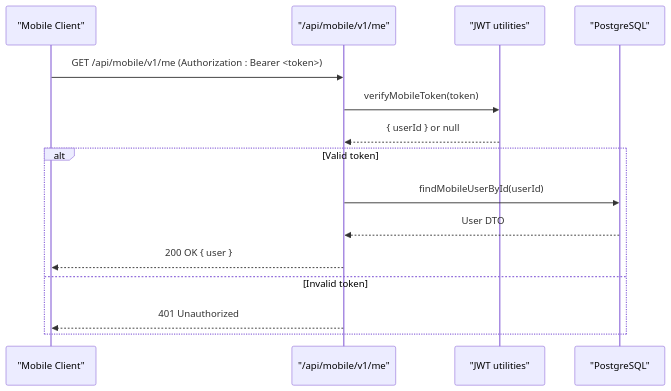
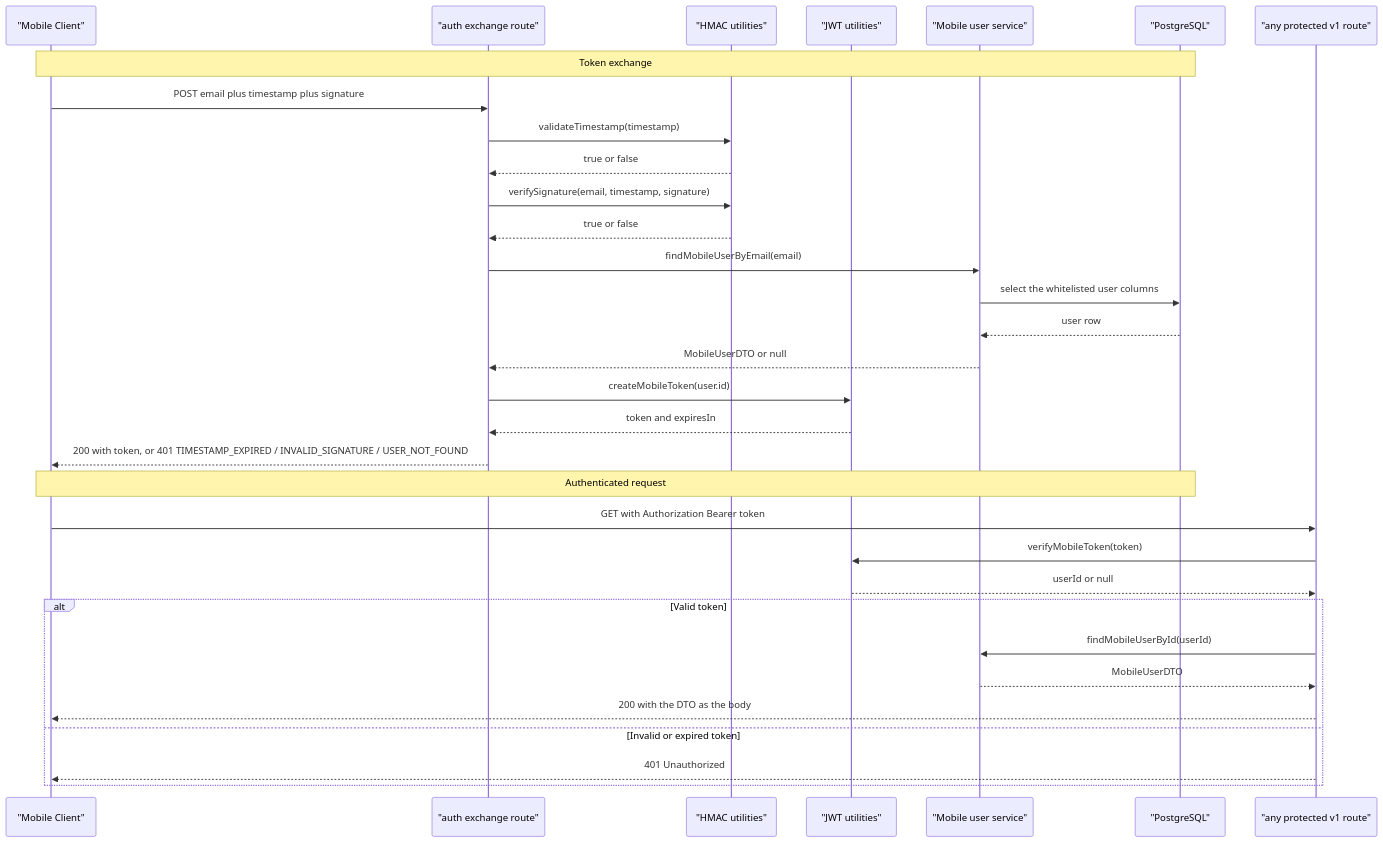
One commit to Dezzpil/meingym changed the seventh of 8 diagrams in .qoder/repowiki/en/content/Authentication and Authorization.md. Above: the diagram before and after it, drawn with Mermaid. The commit also changed other lines of this file and 12 other files, not shown here.

````diff
--- a/.qoder/repowiki/en/content/Authentication and Authorization.md
+++ b/.qoder/repowiki/en/content/Authentication and Authorization.md
@@ -299,17 +392,34 @@
 ```mermaid
 sequenceDiagram
 participant Mobile as "Mobile Client"
-participant API as "/api/mobile/v1/me"
-participant JWT as "JWT utilities"
+participant ExAPI as "auth exchange route"
+participant Hmac as "HMAC utilities"
+participant Jwt as "JWT utilities"
+participant Users as "Mobile user service"
 participant DB as "PostgreSQL"
-Mobile->>API : GET /api/mobile/v1/me (Authorization : Bearer <token>)
-API->>JWT : verifyMobileToken(token)
-JWT-->>API : { userId } or null
+participant ProtAPI as "any protected v1 route"
+Note over Mobile,DB : Token exchange
+Mobile->>ExAPI : POST email plus timestamp plus signature
+ExAPI->>Hmac : validateTimestamp(timestamp)
+Hmac-->>ExAPI : true or false
+ExAPI->>Hmac : verifySignature(email, timestamp, signature)
+Hmac-->>ExAPI : true or false
+ExAPI->>Users : findMobileUserByEmail(email)
+Users->>DB : select the whitelisted user columns
+DB-->>Users : user row
+Users-->>ExAPI : MobileUserDTO or null
+ExAPI->>Jwt : createMobileToken(user.id)
+Jwt-->>ExAPI : token and expiresIn
+ExAPI-->>Mobile : 200 with token, or 401 TIMESTAMP_EXPIRED / INVALID_SIGNATURE / USER_NOT_FOUND
+Note over Mobile,DB : Authenticated request
+Mobile->>ProtAPI : GET with Authorization Bearer token
+ProtAPI->>Jwt : verifyMobileToken(token)
+Jwt-->>ProtAPI : userId or null
 alt Valid token
-API->>DB : findMobileUserById(userId)
-DB-->>API : User DTO
-API-->>Mobile : 200 OK { user }
-else Invalid token
-API-->>Mobile : 401 Unauthorized
+ProtAPI->>Users : findMobileUserById(userId)
+Users-->>ProtAPI : MobileUserDTO
+ProtAPI-->>Mobile : 200 with the DTO as the body
+else Invalid or expired token
+ProtAPI-->>Mobile : 401 Unauthorized
 end
 ```
````
